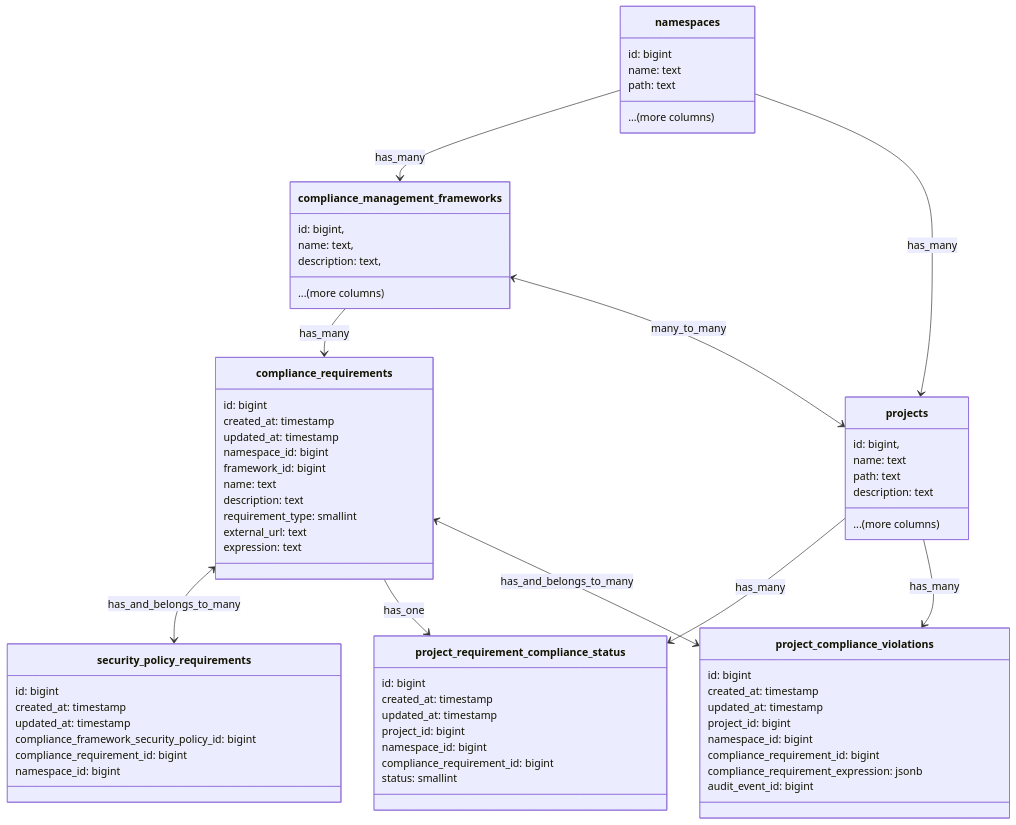
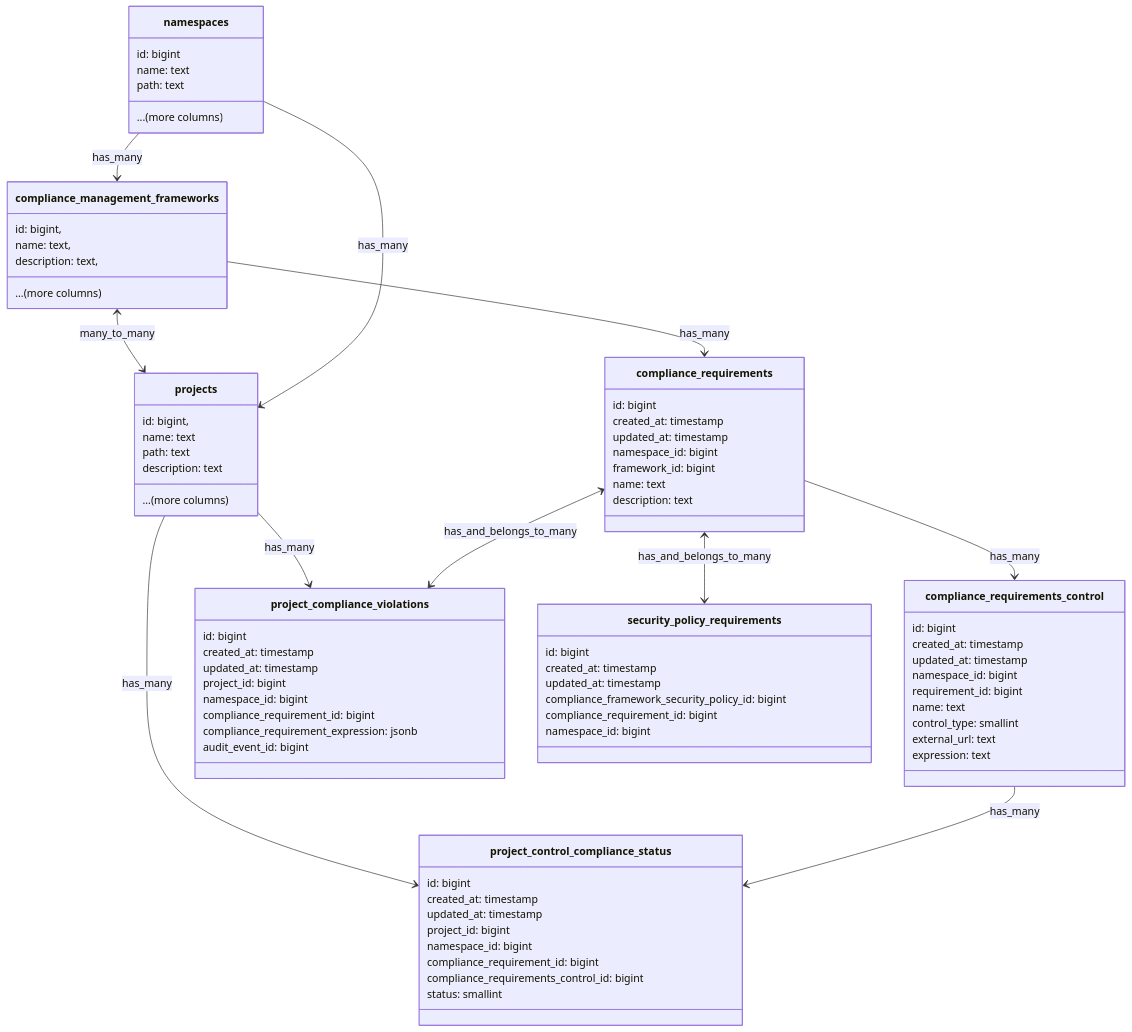
The first of 4 diagrams in content/handbook/engineering/architecture/design-documents/compliance-adherence-reporting/_index.md (zalyoung/gitlab-handbook), drawn with Mermaid before and after one commit. The commit also changed other lines of this file and 1 other file, not shown here.

Commit message:
Add ADR 006 for storing controls in a separate table

````diff
--- a/content/handbook/engineering/architecture/design-documents/compliance-adherence-reporting/_index.md
+++ b/content/handbook/engineering/architecture/design-documents/compliance-adherence-reporting/_index.md
@@ -187,18 +187,28 @@
         framework_id: bigint
         name: text
         description: text
-        requirement_type: smallint
+    }
+
+    class compliance_requirements_control {
+        id: bigint
+        created_at: timestamp
+        updated_at: timestamp
+        namespace_id: bigint
+        requirement_id: bigint
+        name: text
+        control_type: smallint
         external_url: text
         expression: text
     }
 
-    class project_requirement_compliance_status {
+    class project_control_compliance_status {
         id: bigint
         created_at: timestamp
         updated_at: timestamp
         project_id: bigint
         namespace_id: bigint
         compliance_requirement_id: bigint
+        compliance_requirements_control_id: bigint
         status: smallint
     }
 
@@ -212,7 +222,7 @@
         compliance_requirement_expression: jsonb
         audit_event_id: bigint
     }
-    
+
     class security_policy_requirements {
         id: bigint
         created_at: timestamp
@@ -225,10 +235,11 @@
     compliance_management_frameworks --> compliance_requirements : has_many
     compliance_management_frameworks <--> projects : many_to_many
     compliance_requirements <--> security_policy_requirements : has_and_belongs_to_many
+    compliance_requirements --> compliance_requirements_control : has_many
     projects <-- namespaces : has_many
     namespaces --> compliance_management_frameworks : has_many
-    projects --> project_requirement_compliance_status : has_many
+    projects --> project_control_compliance_status : has_many
     projects --> project_compliance_violations : has_many
-    compliance_requirements --> project_requirement_compliance_status : has_one
+    compliance_requirements_control --> project_control_compliance_status : has_many
     compliance_requirements <--> project_compliance_violations : has_and_belongs_to_many
 ```
````
